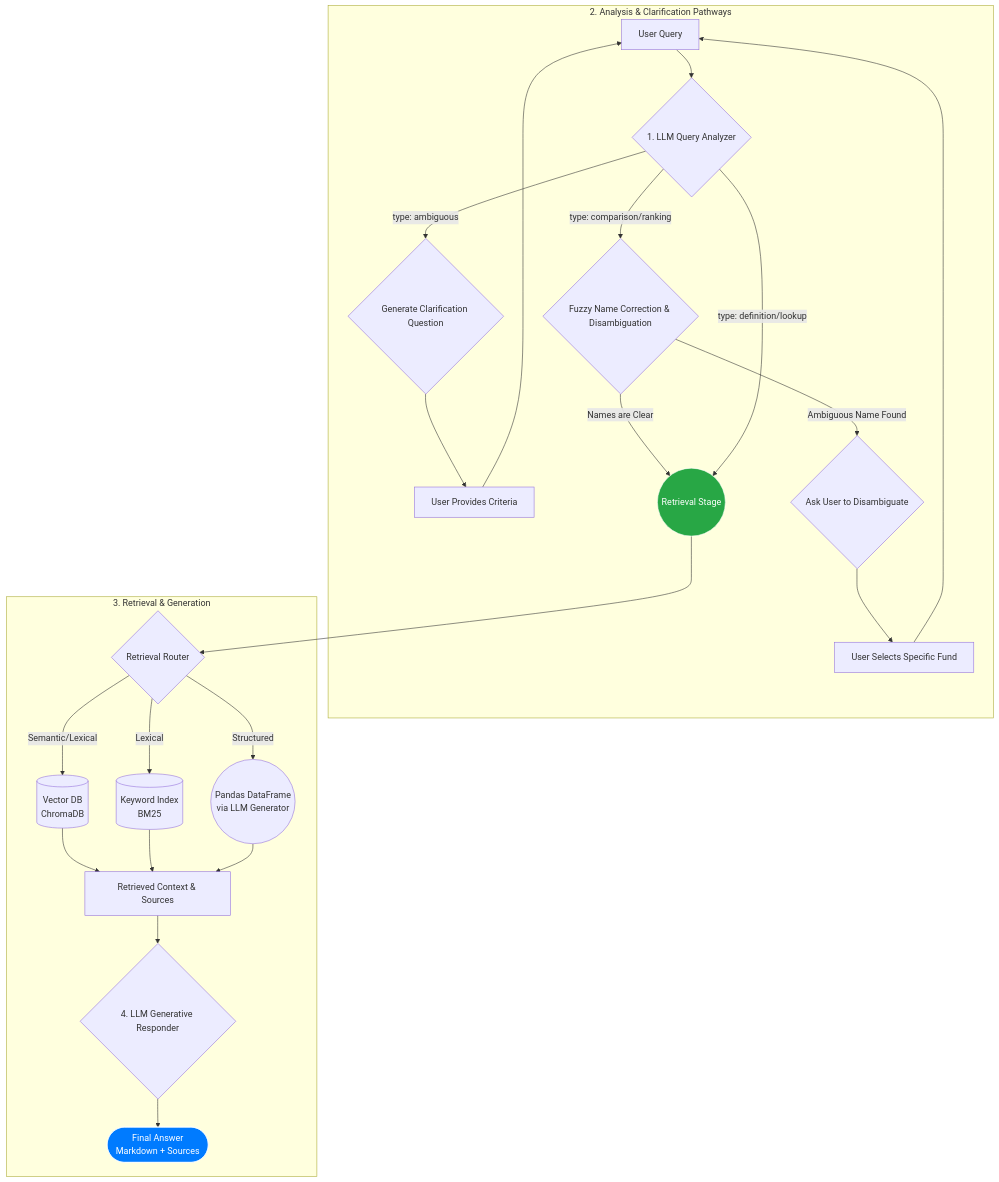
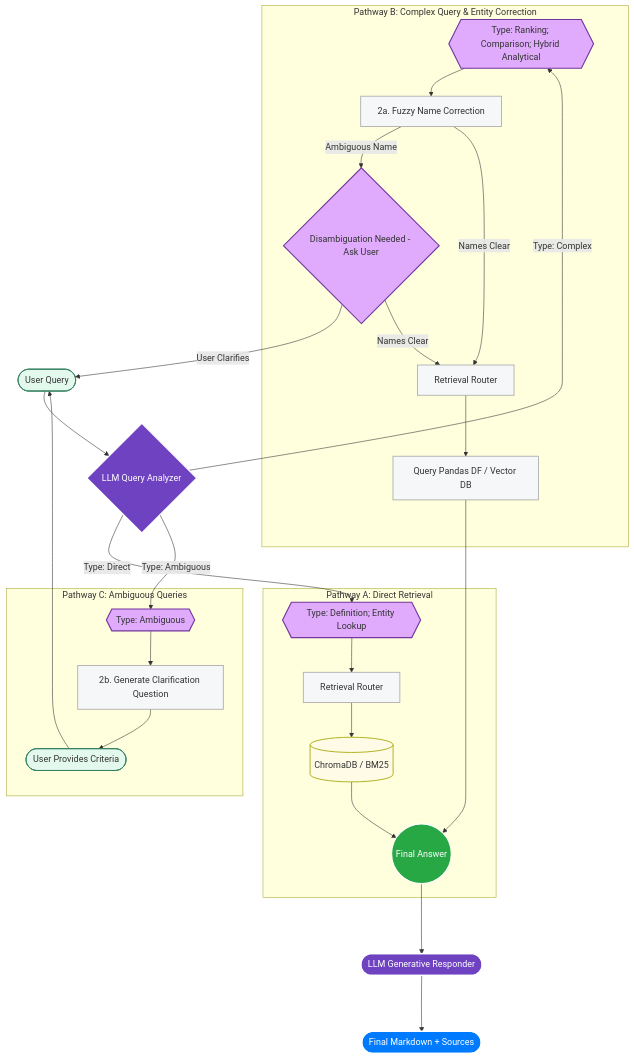
Before and after one commit to Ak042003/Financial_Rag_Assistant: the diagram in readme.md, drawn with Mermaid.

````diff
--- a/readme.md
+++ b/readme.md
@@ -3,32 +3,85 @@
 ```mermaid
-graph TD
-    A[User Query] --> B{1. LLM Query Analyzer};
+---
+config:
+  layout: fixed
+---
+flowchart TD
+ subgraph PA["Pathway A: Direct Retrieval"]
+        DR1{{"Type: Definition; Entity Lookup"}}
+        RR["Retrieval Router"]
+        DB[("ChromaDB / BM25")]
+        FAG(("Final Answer"))
+  end
+ subgraph PB["Pathway B: Complex Query & Entity Correction"]
+        CQ1{{"Type: Ranking; Comparison; Hybrid Analytical"}}
+        ENC["2a. Fuzzy Name Correction"]
+        DAO{"Disambiguation Needed - Ask User"}
+        PB_RR["Retrieval Router"]
+        PDBF["Query Pandas DF / Vector DB"]
+  end
+ subgraph PC["Pathway C: Ambiguous Queries"]
+        AQ1{{"Type: Ambiguous"}}
+        CQG["2b. Generate Clarification Question"]
+        UPC(["User Provides Criteria"])
+  end
+    UQ(["User Query"]) --> LLM{"LLM Query Analyzer"}
+    DR1 --> RR
+    RR --> DB
+    DB --> FAG
+    CQ1 --> ENC
+    ENC -- Ambiguous Name --> DAO
+    DAO -- User Clarifies --> UQ
+    DAO -- Names Clear --> PB_RR
+    ENC -- Names Clear --> PB_RR
+    PB_RR --> PDBF
+    PDBF --> FAG
+    AQ1 --> CQG
+    CQG --> UPC
+    UPC --> UQ
+    FAG ---> LLM_RESP(["LLM Generative Responder"])
+    LLM_RESP ---> FM(["Final Markdown + Sources"])
+    LLM -- Type: Direct --> DR1
+    LLM -- Type: Complex --> CQ1
+    LLM -- Type: Ambiguous --> AQ1
+     DR1:::decision
+     DR1:::decision
+     RR:::process
+     RR:::process
+     DB:::data
+     DB:::data
+     FAG:::key
+     FAG:::key
+     FAG:::key
+     CQ1:::decision
+     CQ1:::decision
+     ENC:::process
+     ENC:::process
+     DAO:::decision
+     DAO:::decision
+     PB_RR:::process
+     PB_RR:::process
+     PDBF:::process
+     PDBF:::process
+     AQ1:::decision
+     AQ1:::decision
+     CQG:::process
+     CQG:::process
+     UPC:::input
+     UPC:::input
+     UQ:::input
+     UQ:::input
+     LLM:::main
+     LLM:::main
+     LLM_RESP:::main
+     LLM_RESP:::main
+     FM:::output
+     FM:::output
+    classDef main fill:#6f42c1,stroke:#fff,color:#fff,stroke-width:2px
+    classDef key fill:#28a745,stroke:#fff,color:#fff,stroke-width:2px
+    classDef output fill:#007bff,stroke:#fff,color:#fff,stroke-width:2px
+    classDef decision fill:#e0abfc,stroke:#7037a0,stroke-width:2px
+    classDef process fill:#f6f7f9,stroke:#aaa,stroke-width:1.5px
+    classDef data fill:#fffbe6,stroke:#a5a500,stroke-width:1.5px
+    classDef input fill:#e3f9ee,stroke:#348060,stroke-width:1.5px
 
-    subgraph "2. Analysis & Clarification Pathways"
-        B -- "type: ambiguous" --> C{Generate Clarification Question};
-        C --> D[User Provides Criteria];
-        D --> A;
-
-        B -- "type: comparison/ranking" --> E{Fuzzy Name Correction & Disambiguation};
-        E -- "Ambiguous Name Found" --> F{Ask User to Disambiguate};
-        F --> G[User Selects Specific Fund];
-        G --> A;
-
-        E -- "Names are Clear" --> H((Retrieval Stage));
-        B -- "type: definition/lookup" --> H;
-    end
-
-    subgraph "3. Retrieval & Generation"
-        H --> I{Retrieval Router};
-        I -- Semantic/Lexical --> J1[(Vector DB <br/> ChromaDB)];
-        I -- Lexical --> J2[(Keyword Index <br/> BM25)];
-        I -- Structured --> J3((Pandas DataFrame <br/> via LLM Generator));
-        
-        J1 & J2 & J3 --> K[Retrieved Context & Sources];
-        K --> L{4. LLM Generative Responder};
-        L --> M([Final Answer <br/> Markdown + Sources]);
-    end
-
-    style H fill:#28a745,stroke:#fff,color:#fff
-    style M fill:#007bff,stroke:#fff,color:#fff
 ```
````
